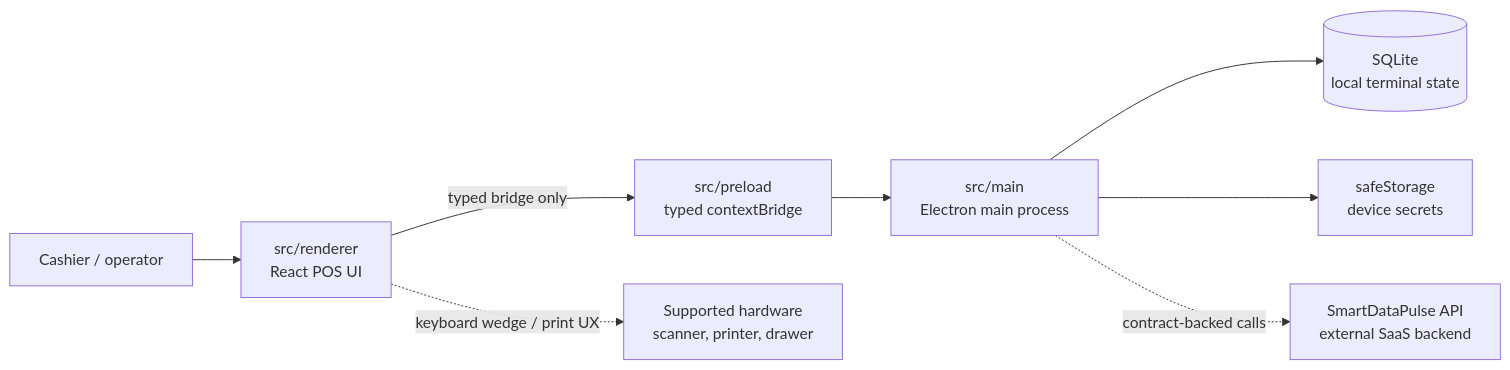
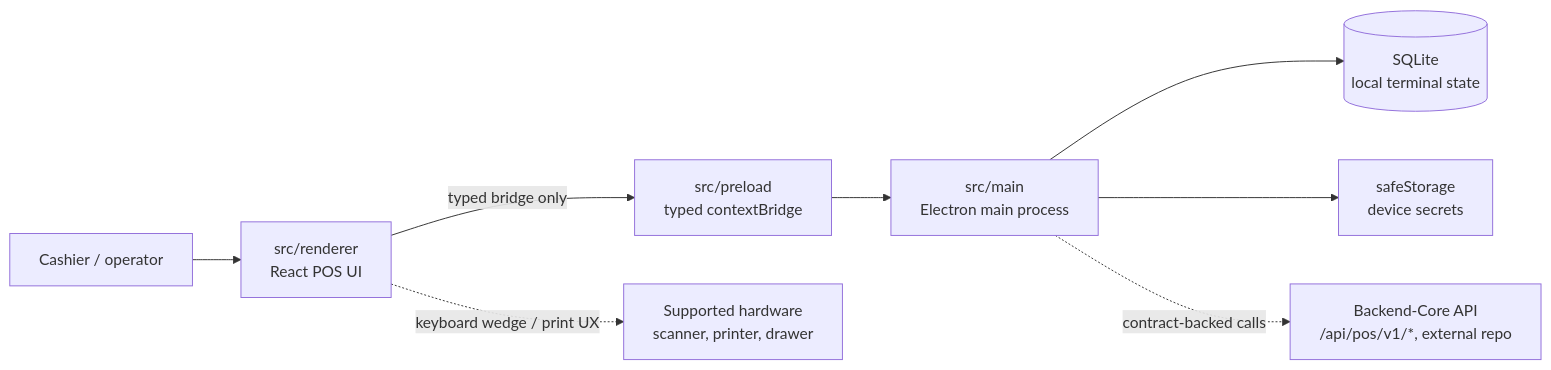
One commit to Kemetra-Labs/Retail-Tower-Erp changed the diagram in apps/pos/README.md. Above: the diagram before and after it, drawn with Mermaid. The commit also changed other lines of this file, not shown here.

First line of the commit message:
docs(readme): refresh to match main; add one-project tracks and AI-embedded by design (Kemetra/POS#585)

````diff
--- a/apps/pos/README.md
+++ b/apps/pos/README.md
@@ -177,19 +271,19 @@
 ```mermaid
 flowchart LR
   cashier["Cashier / operator"]
   renderer["src/renderer<br/>React POS UI"]
   preload["src/preload<br/>typed contextBridge"]
   main["src/main<br/>Electron main process"]
   sqlite[("SQLite<br/>local terminal state")]
   secrets["safeStorage<br/>device secrets"]
-  api["SmartDataPulse API<br/>external SaaS backend"]
+  api["Backend-Core API<br/>/api/pos/v1/*, external repo"]
   hardware["Supported hardware<br/>scanner, printer, drawer"]
 
   cashier --> renderer
   renderer -- typed bridge only --> preload
   preload --> main
   main --> sqlite
   main --> secrets
   main -. contract-backed calls .-> api
   renderer -. keyboard wedge / print UX .-> hardware
 ```
````
